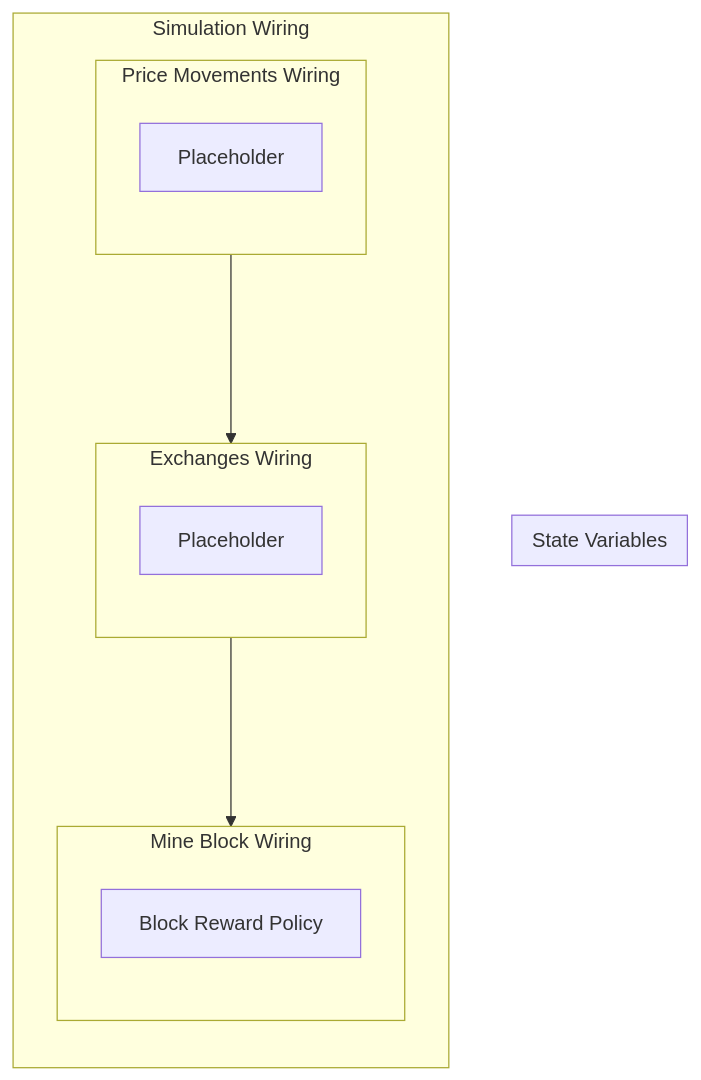
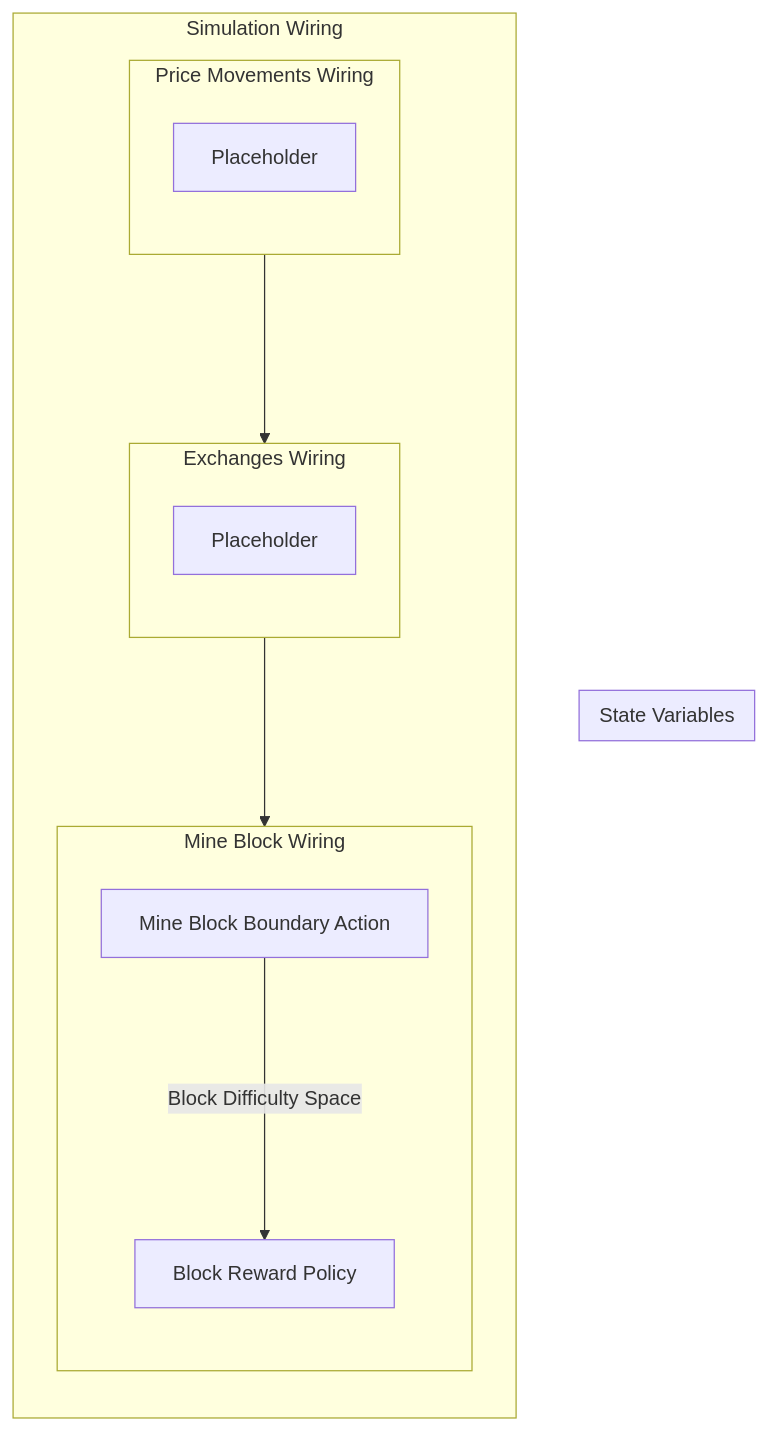
Before and after one commit to dominant-strategies/Quai-Macro-Model: the diagram in Research/MSML Scaffold/Wiring/Simulation Wiring.md, drawn with Mermaid. The commit also changed other lines of this file and 14 other files, not shown here.

Commit message:
Mine block boundary action

````diff
--- a/Research/MSML Scaffold/Wiring/Simulation Wiring.md
+++ b/Research/MSML Scaffold/Wiring/Simulation Wiring.md
@@ -3,24 +3,26 @@
 ```mermaid
 graph TB
 
 subgraph SVS["State Variables"]
 end
 
-subgraph X7["Simulation Wiring"]
+subgraph X8["Simulation Wiring"]
 direction TB
 subgraph X2["Price Movements Wiring"]
 direction TB
 X1["Placeholder"]
 end
 subgraph X4["Exchanges Wiring"]
 direction TB
 X3["Placeholder"]
 end
-subgraph X6["Mine Block Wiring"]
+subgraph X7["Mine Block Wiring"]
 direction TB
-X5["Block Reward Policy"]
+X5["Mine Block Boundary Action"]
+X6["Block Reward Policy"]
+X5--"Block Difficulty Space"--->X6
 end
 X2--->X4
-X4--->X6
+X4--->X7
 end
 ```
````
